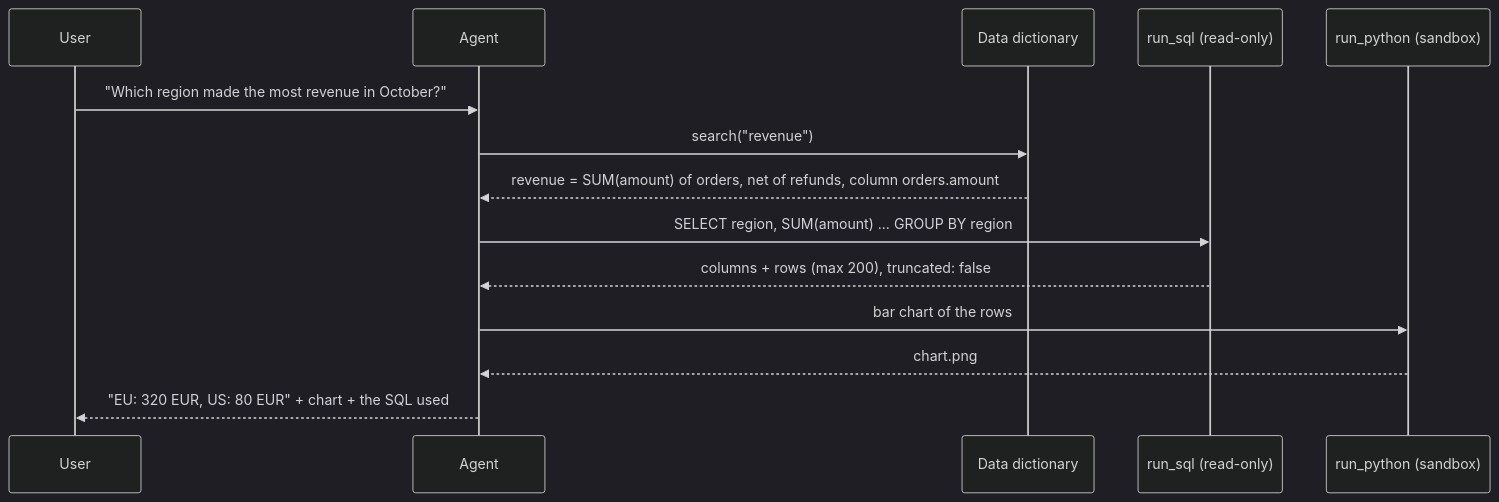
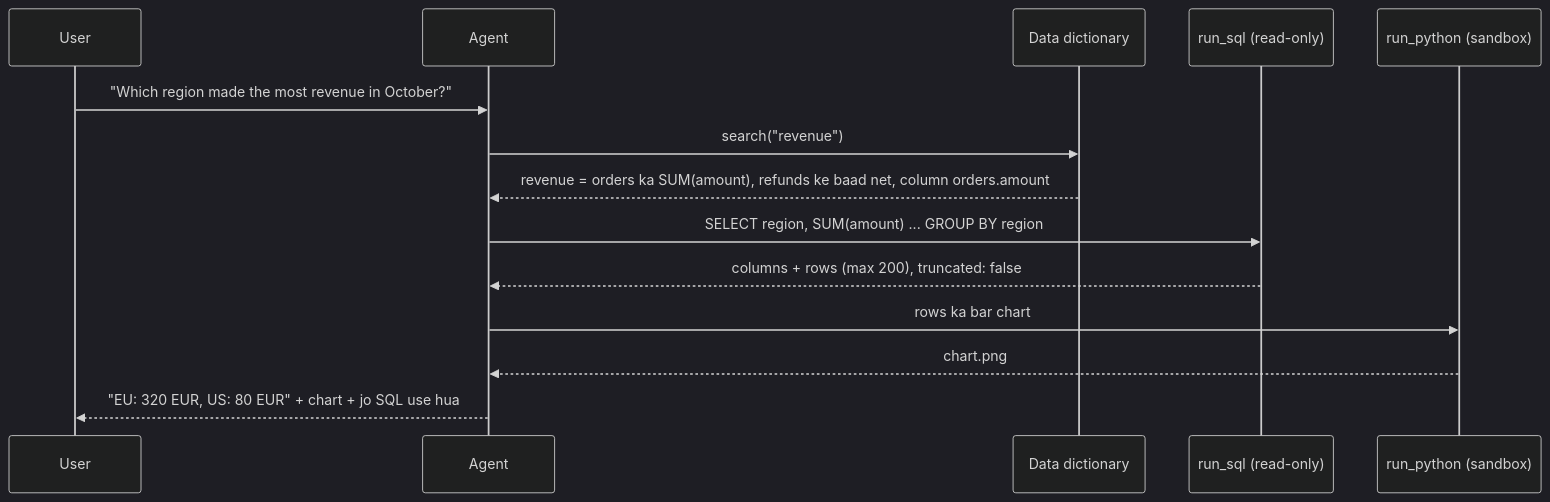
One commit to asmustechno/agentic-ai-notes changed the diagram in docs/17-case-studies/17.4-data-analysis-agent.md. Above: the diagram before and after it, drawn with Mermaid (dark theme). The commit also changed other lines of this file and 135 other files, not shown here.

````diff
--- a/docs/17-case-studies/17.4-data-analysis-agent.md
+++ b/docs/17-case-studies/17.4-data-analysis-agent.md
@@ -45,16 +49,16 @@
 ```mermaid
 sequenceDiagram
     participant U as User
     participant A as Agent
     participant D as Data dictionary
     participant Q as run_sql (read-only)
     participant P as run_python (sandbox)
     U->>A: "Which region made the most revenue in October?"
     A->>D: search("revenue")
-    D-->>A: revenue = SUM(amount) of orders, net of refunds, column orders.amount
+    D-->>A: revenue = orders ka SUM(amount), refunds ke baad net, column orders.amount
     A->>Q: SELECT region, SUM(amount) ... GROUP BY region
     Q-->>A: columns + rows (max 200), truncated: false
-    A->>P: bar chart of the rows
+    A->>P: rows ka bar chart
     P-->>A: chart.png
-    A-->>U: "EU: 320 EUR, US: 80 EUR" + chart + the SQL used
+    A-->>U: "EU: 320 EUR, US: 80 EUR" + chart + jo SQL use hua
 ```
````
